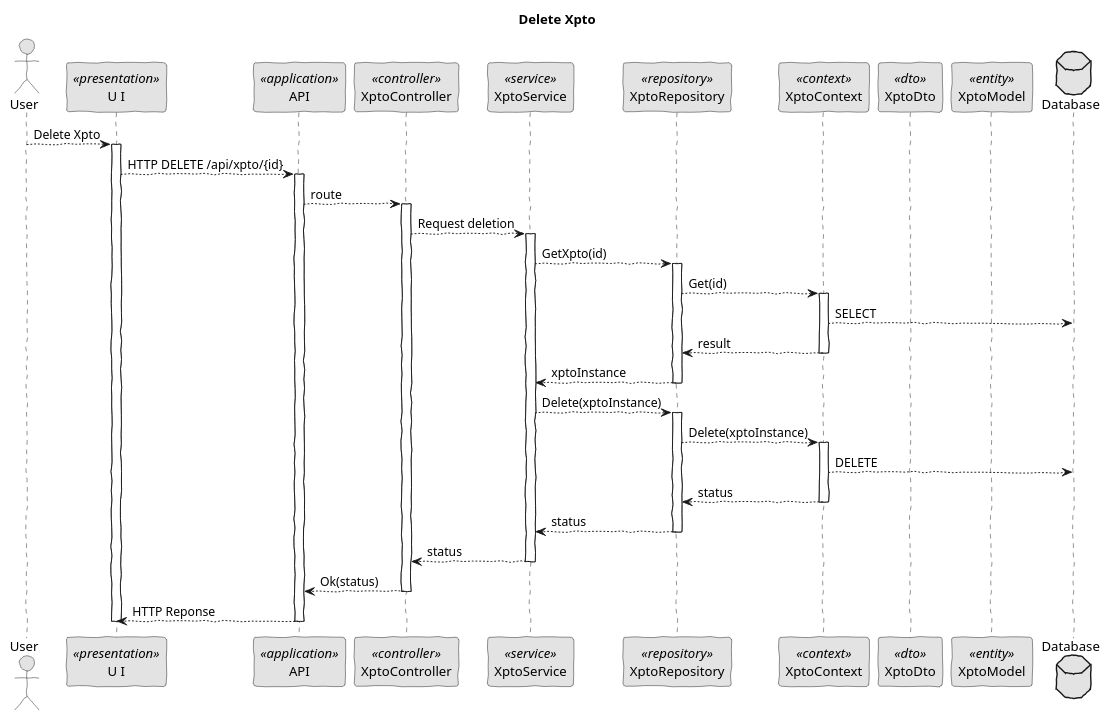
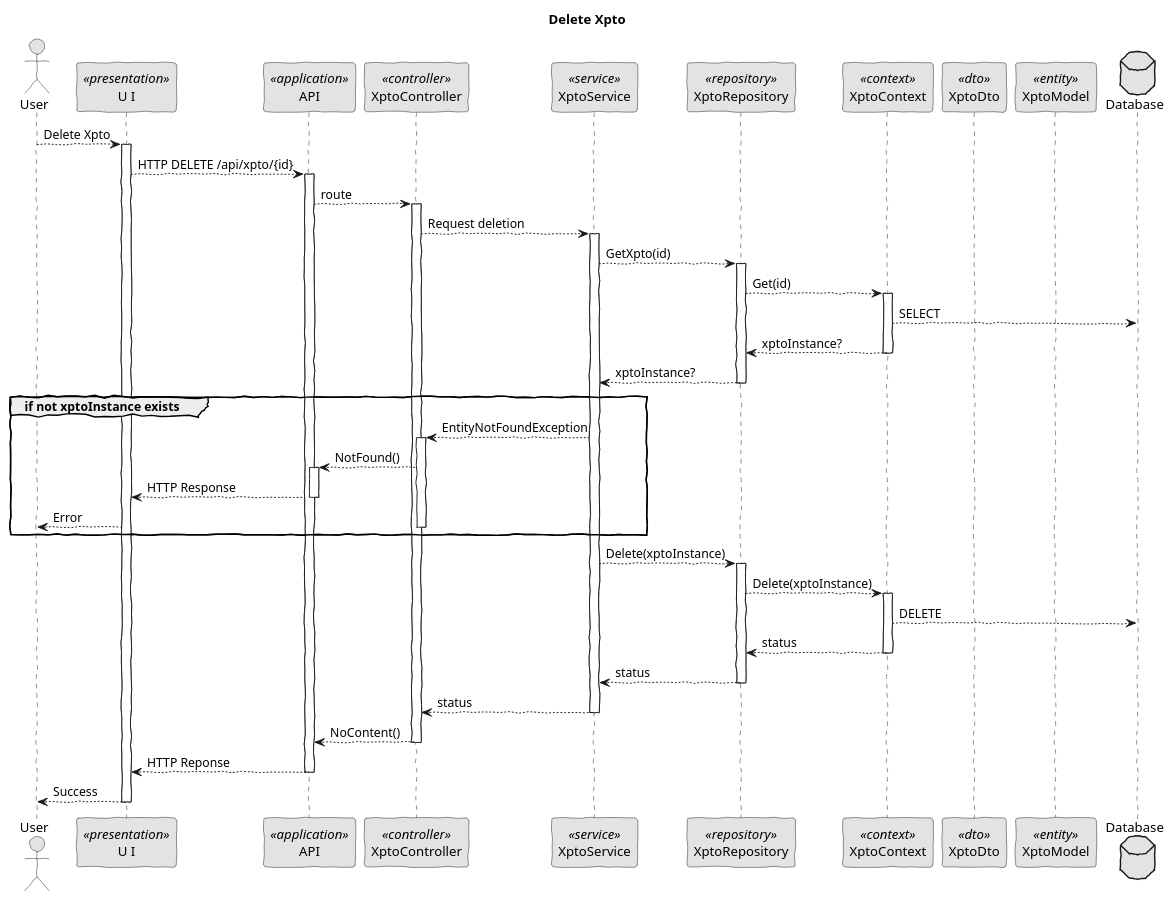
The diagram in docs/sprint_1/global_artifacts/generic_diagrams/sequence_diagram_delete.puml (BernasDzn/portit), drawn with PlantUML before and after one commit. The commit also changed 9 other files, not shown here.

```diff
--- a/docs/sprint_1/global_artifacts/generic_diagrams/sequence_diagram_delete.puml
+++ b/docs/sprint_1/global_artifacts/generic_diagrams/sequence_diagram_delete.puml
@@ -1,71 +1,83 @@
 @startuml
 skinparam handwritten true
 skinparam monochrome true
 skinparam packageStyle rect
 skinparam defaultFontName FG Virgil
 skinparam shadowing false
 
 actor User as Actor
 participant "U I" as UI <<presentation>>
 participant API as API <<application>>
 participant XptoController as Controller <<controller>>
 participant XptoService as Service <<service>>
 participant XptoRepository as Repository <<repository>>
 participant XptoContext as Context <<context>>
 participant XptoDto as Dto <<dto>>
 participant XptoModel as Model <<entity>>
 database Database
 
 title Delete Xpto
 
 Actor --> UI: Delete Xpto
 activate UI
 
     UI --> API: HTTP DELETE /api/xpto/{id}
 
     activate API
 
         API --> Controller: route
         activate Controller
 
             Controller --> Service: Request deletion
             activate Service
 
                 Service --> Repository: GetXpto(id)
                 activate Repository
                 
                     Repository --> Context: Get(id)
 
                     activate Context
                         Context --> Database: SELECT
-                        Context --> Repository: result
+                        Context --> Repository: xptoInstance?
                     deactivate Context
 
-                    Repository --> Service: xptoInstance
+                    Repository --> Service: xptoInstance?
                 deactivate Repository
+
+                group if not xptoInstance exists
+                    Service --> Controller: EntityNotFoundException 
+                    activate Controller
+                        Controller --> API: NotFound()
+                        activate API
+                            API --> UI: HTTP Response
+                        deactivate API
+                        UI --> Actor: Error
+                    deactivate Controller
+                end
 
                 Service --> Repository: Delete(xptoInstance)
                 activate Repository
                 
                     Repository --> Context: Delete(xptoInstance)
 
                     activate Context
                         Context --> Database: DELETE
                         Context --> Repository: status
                     deactivate Context
 
                     Repository --> Service: status
                 deactivate Repository
 
                 Service --> Controller: status
             deactivate Service
 
-            Controller --> API: Ok(status)
+            Controller --> API: NoContent()
         deactivate Controller
 
         API --> UI: HTTP Reponse
     deactivate API
 
+UI --> Actor: Success
 deactivate UI
             
 @enduml
```
